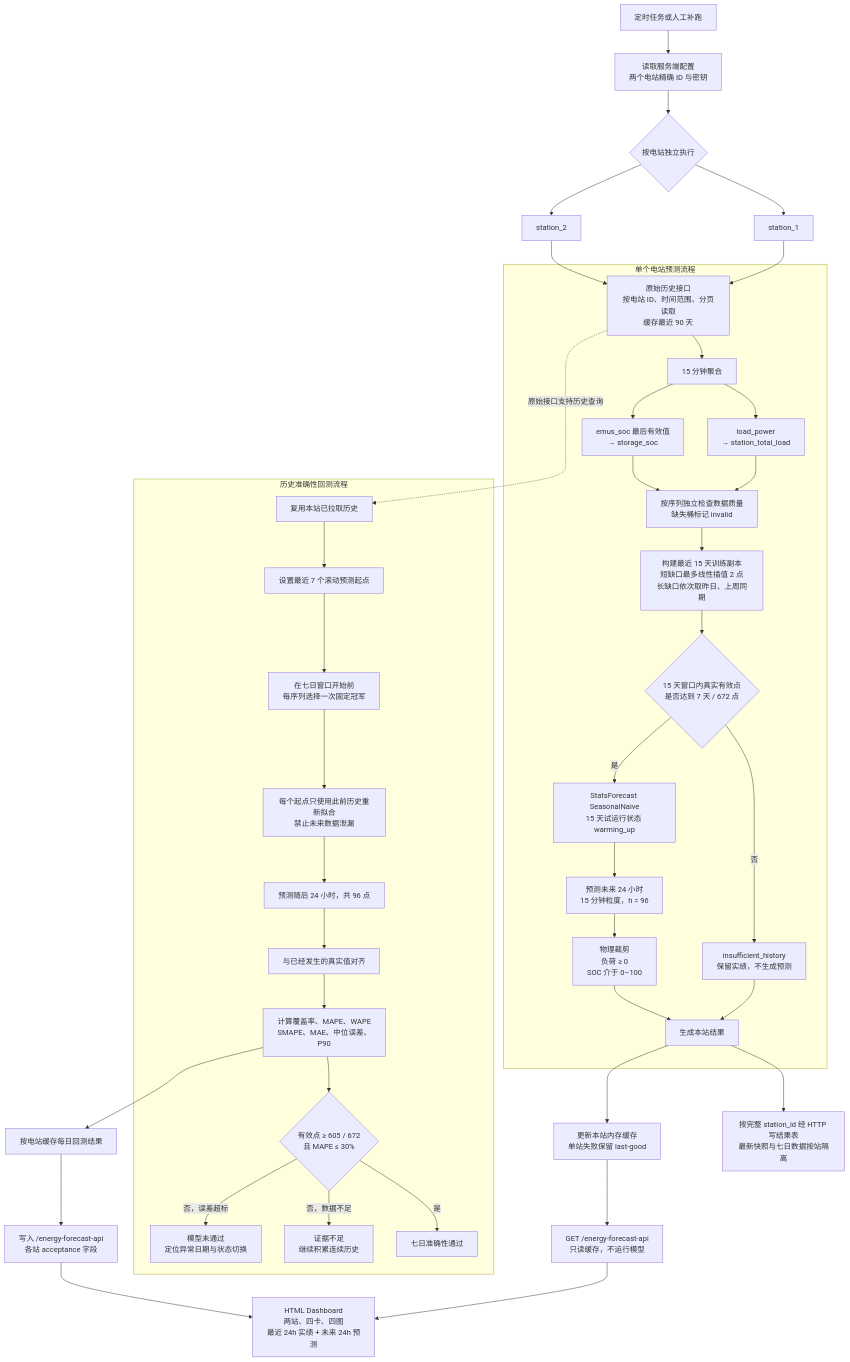
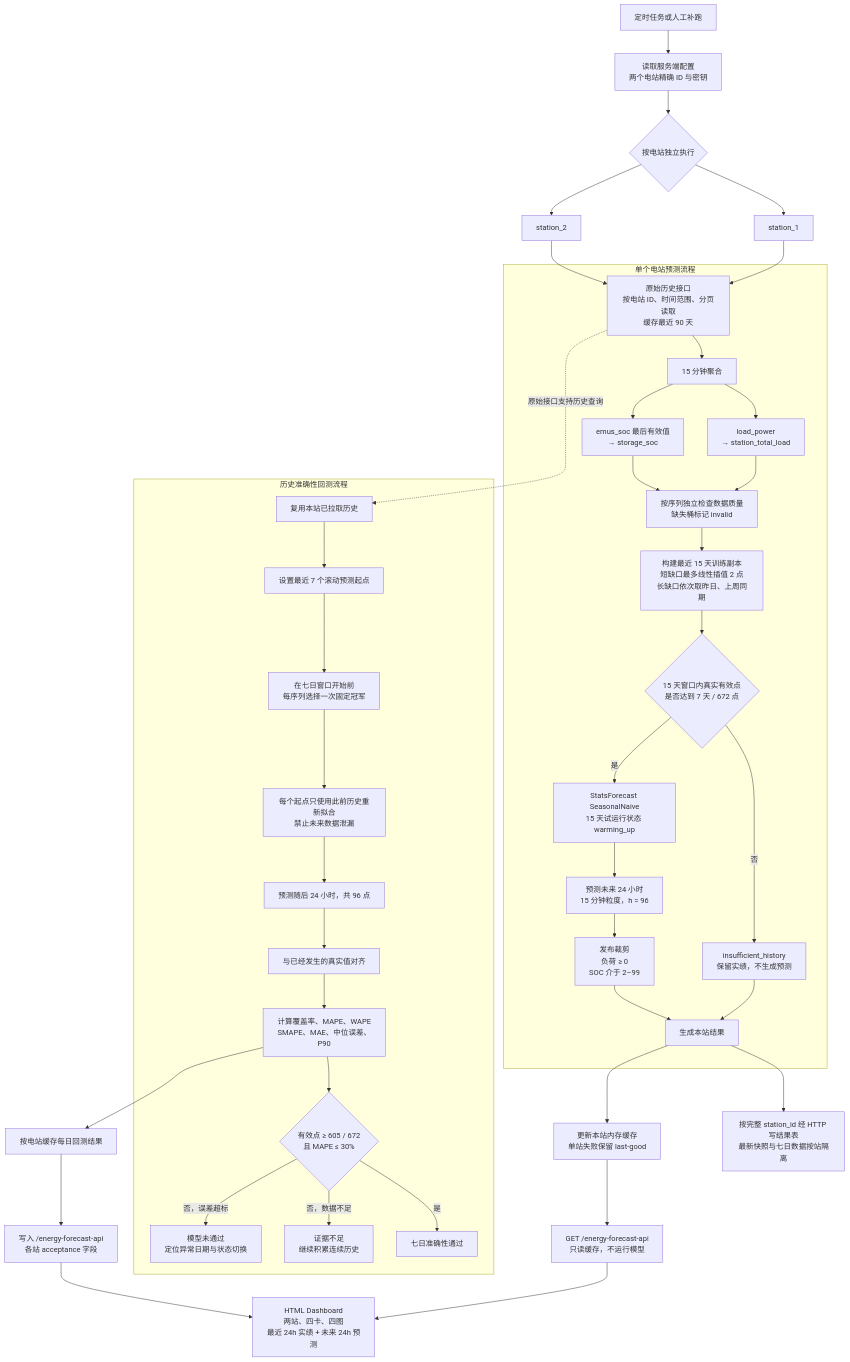
Before and after one commit to hua-js/vifa-en: the diagram in m3/M3 双电站预测与历史回测流程.md, drawn with Mermaid. The commit also changed 7 other files, not shown here.

````diff
--- a/m3/M3 双电站预测与历史回测流程.md
+++ b/m3/M3 双电站预测与历史回测流程.md
@@ -6,57 +6,57 @@
 ```mermaid
 flowchart TD
     A[定时任务或人工补跑] --> B[读取服务端配置<br/>两个电站精确 ID 与密钥]
     B --> C{按电站独立执行}
     C --> S1[station_1]
     C --> S2[station_2]
 
     S1 --> D
     S2 --> D
 
     subgraph FORECAST[单个电站预测流程]
         D[原始历史接口<br/>按电站 ID、时间范围、分页读取<br/>缓存最近 90 天]
         D --> E[15 分钟聚合]
         E --> E1[load_power<br/>→ station_total_load]
         E --> E2[emus_soc 最后有效值<br/>→ storage_soc]
 
         E1 --> F
         E2 --> F
         F[按序列独立检查数据质量<br/>缺失桶标记 invalid]
 
         F --> I[构建最近 15 天训练副本<br/>短缺口最多线性插值 2 点<br/>长缺口依次取昨日、上周同期]
         I --> G{15 天窗口内真实有效点<br/>是否达到 7 天 / 672 点}
         G -- 否 --> H[insufficient_history<br/>保留实绩，不生成预测]
         G -- 是 --> K[StatsForecast SeasonalNaive<br/>15 天试运行状态 warming_up]
         K --> N
 
         N[预测未来 24 小时<br/>15 分钟粒度，h = 96]
-        N --> O[物理裁剪<br/>负荷 ≥ 0<br/>SOC 介于 0–100]
+        N --> O[发布裁剪<br/>负荷 ≥ 0<br/>SOC 介于 2–99]
         H --> P[生成本站结果]
         O --> P
     end
 
     P --> Q[按完整 station_id 经 HTTP 写结果表<br/>最新快照与七日数据按站隔离]
     P --> R[更新本站内存缓存<br/>单站失败保留 last-good]
     R --> T[GET /energy-forecast-api<br/>只读缓存，不运行模型]
     T --> U[HTML Dashboard<br/>两站、四卡、四图<br/>最近 24h 实绩 + 未来 24h 预测]
 
     D -. 原始接口支持历史查询 .-> V
 
     subgraph BACKTEST[历史准确性回测流程]
         V[复用本站已拉取历史]
         V --> W[设置最近 7 个滚动预测起点]
         W --> WX[在七日窗口开始前<br/>每序列选择一次固定冠军]
         WX --> X[每个起点只使用此前历史重新拟合<br/>禁止未来数据泄漏]
         X --> Y[预测随后 24 小时，共 96 点]
         Y --> Z[与已经发生的真实值对齐]
         Z --> AA[计算覆盖率、MAPE、WAPE<br/>SMAPE、MAE、中位误差、P90]
         AA --> AB{有效点 ≥ 605 / 672<br/>且 MAPE ≤ 30%}
         AB -- 是 --> AC[七日准确性通过]
         AB -- 否，数据不足 --> AD[证据不足<br/>继续积累连续历史]
         AB -- 否，误差超标 --> AE[模型未通过<br/>定位异常日期与状态切换]
     end
 
     AA --> AF[按电站缓存每日回测结果]
     AF --> AG[写入 /energy-forecast-api<br/>各站 acceptance 字段]
     AG --> U
 ```
````
